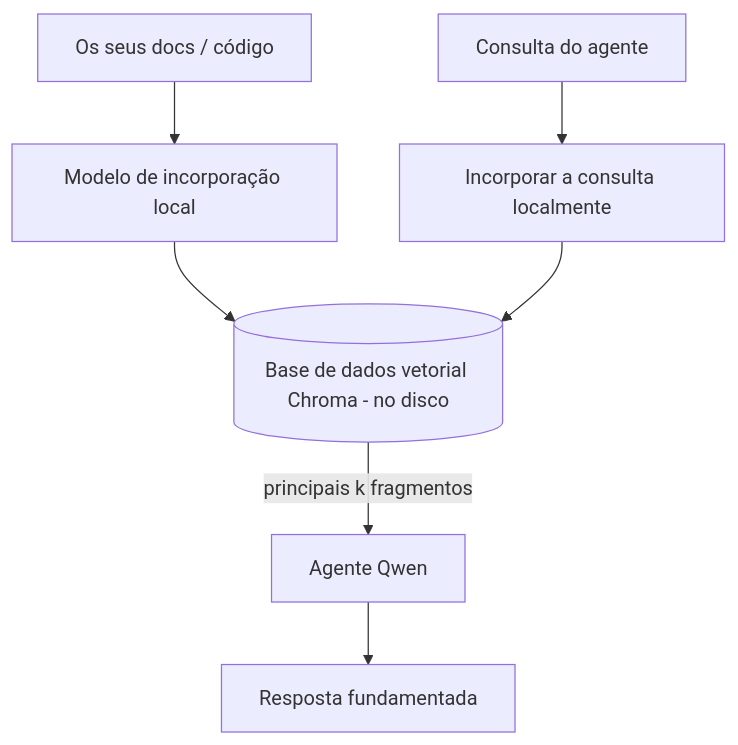
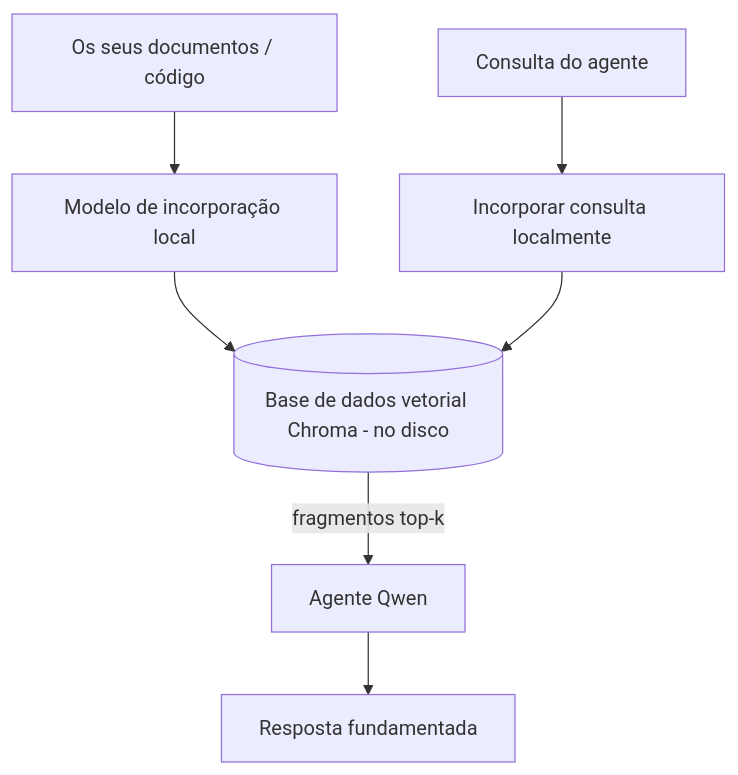
The third of 4 diagrams in translations/pt-PT/17-creating-local-ai-agents/README.md (microsoft/ai-agents-for-beginners), drawn with Mermaid before and after one commit. The commit also changed other lines of this file and 46 other files, not shown here.

````diff
--- a/translations/pt-PT/17-creating-local-ai-agents/README.md
+++ b/translations/pt-PT/17-creating-local-ai-agents/README.md
@@ -125,9 +125,9 @@
 ```mermaid
 flowchart TB
-    D[Os seus docs / código] --> E[Modelo de incorporação local]
+    D[Os seus documentos / código] --> E[Modelo de incorporação local]
     E --> V[(Base de dados vetorial Chroma - no disco)]
-    Q[Consulta do agente] --> QE[Incorporar a consulta localmente]
+    Q[Consulta do agente] --> QE[Incorporar consulta localmente]
     QE --> V
-    V -->|principais k fragmentos| A[Agente Qwen]
+    V -->|fragmentos top-k| A[Agente Qwen]
     A --> Ans[Resposta fundamentada]
 ```
````
